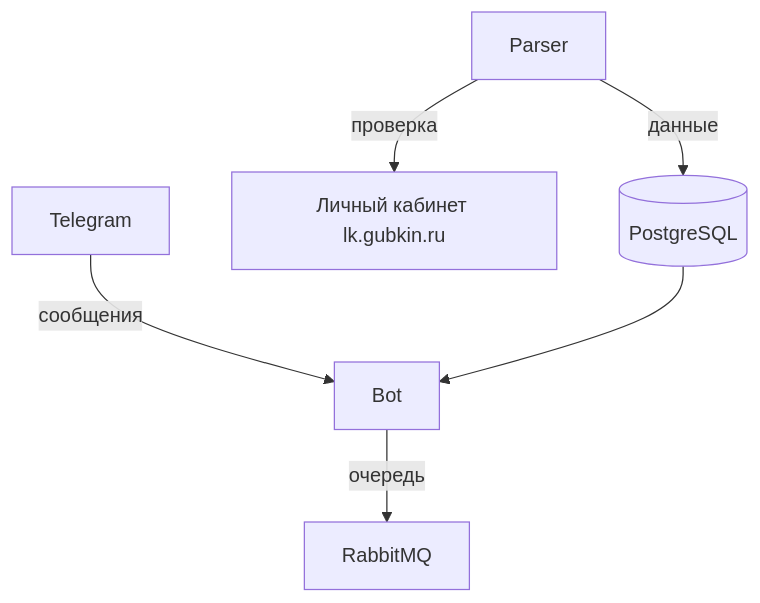
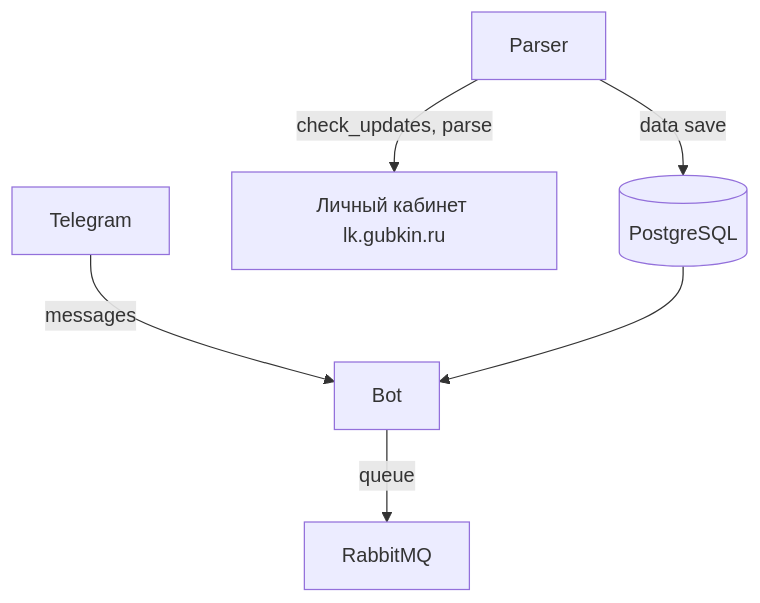
One commit to itsvovovova/notifications_bot changed the diagram in README.md. Above: the diagram before and after it, drawn with Mermaid. The commit also changed other lines of this file, not shown here.

Commit message:
READ.MD fixed

````diff
--- a/README.md
+++ b/README.md
@@ -52,8 +52,8 @@
 ```mermaid
 graph TD
-    Telegram -->|сообщения| Bot
-    Bot -->|очередь| RabbitMQ
-    Parser -->|проверка| LK[Личный кабинет lk.gubkin.ru]
-    Parser -->|данные| DB[(PostgreSQL)]
+    Telegram -->|messages| Bot
+    Bot -->|queue| RabbitMQ
+    Parser -->|check_updates, parse| LK[Личный кабинет lk.gubkin.ru]
+    Parser -->|data save| DB[(PostgreSQL)]
     DB --> Bot
 ```
````
